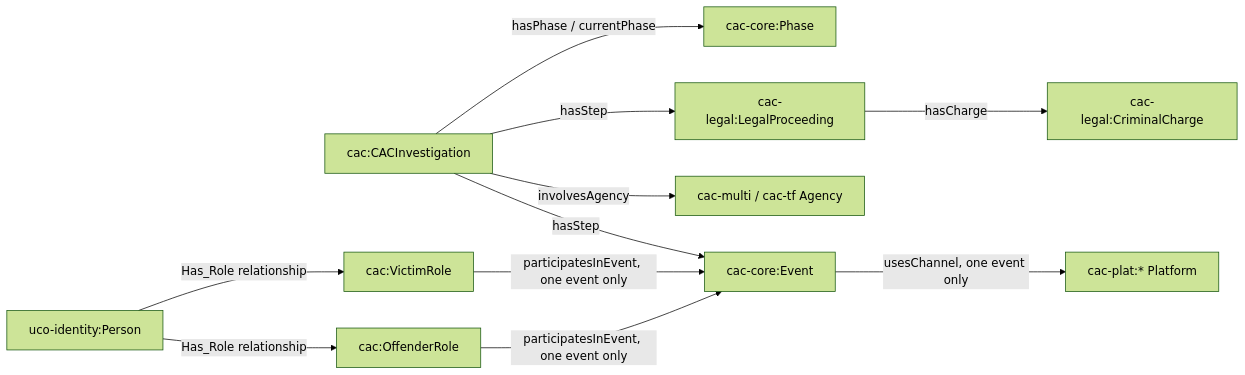
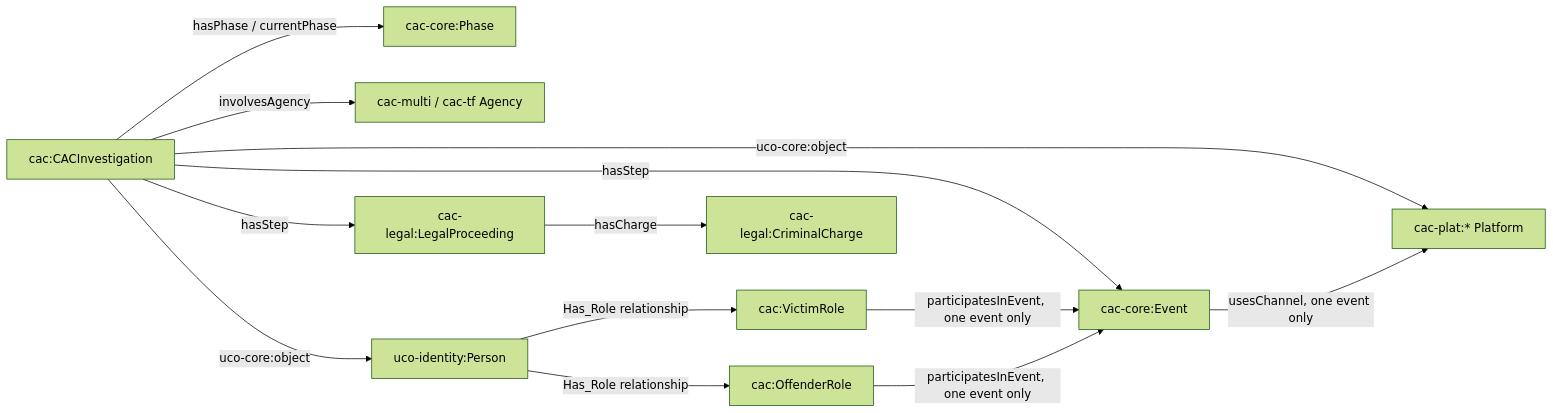
Before and after one commit to mrinaalr/CaseLinker: the first of 2 diagrams in ontology/README.md, drawn with Mermaid (forest theme). The commit also changed other lines of this file and 44731 other files, not shown here.

Commit message:
patch graph links, evidence, age spans and store reload (#72, #74, #82, #83, #84, #86)

````diff
--- a/ontology/README.md
+++ b/ontology/README.md
@@ -42,24 +42,26 @@
 ```mermaid
 flowchart LR
   inv["cac:CACInvestigation"]
   phase["cac-core:Phase"]
   event["cac-core:Event"]
   plat["cac-plat:* Platform"]
   agency["cac-multi / cac-tf Agency"]
   vRole["cac:VictimRole"]
   oRole["cac:OffenderRole"]
   person["uco-identity:Person"]
   charge["cac-legal:CriminalCharge"]
   proc["cac-legal:LegalProceeding"]
 
   inv -->|hasPhase / currentPhase| phase
   inv -->|hasStep| event
   inv -->|involvesAgency| agency
+  inv -->|uco-core:object| person
+  inv -->|uco-core:object| plat
   event -->|usesChannel, one event only| plat
   vRole -->|participatesInEvent, one event only| event
   oRole -->|participatesInEvent, one event only| event
   person -->|Has_Role relationship| vRole
   person -->|Has_Role relationship| oRole
   proc -->|hasCharge| charge
   inv -->|hasStep| proc
 ```
````
